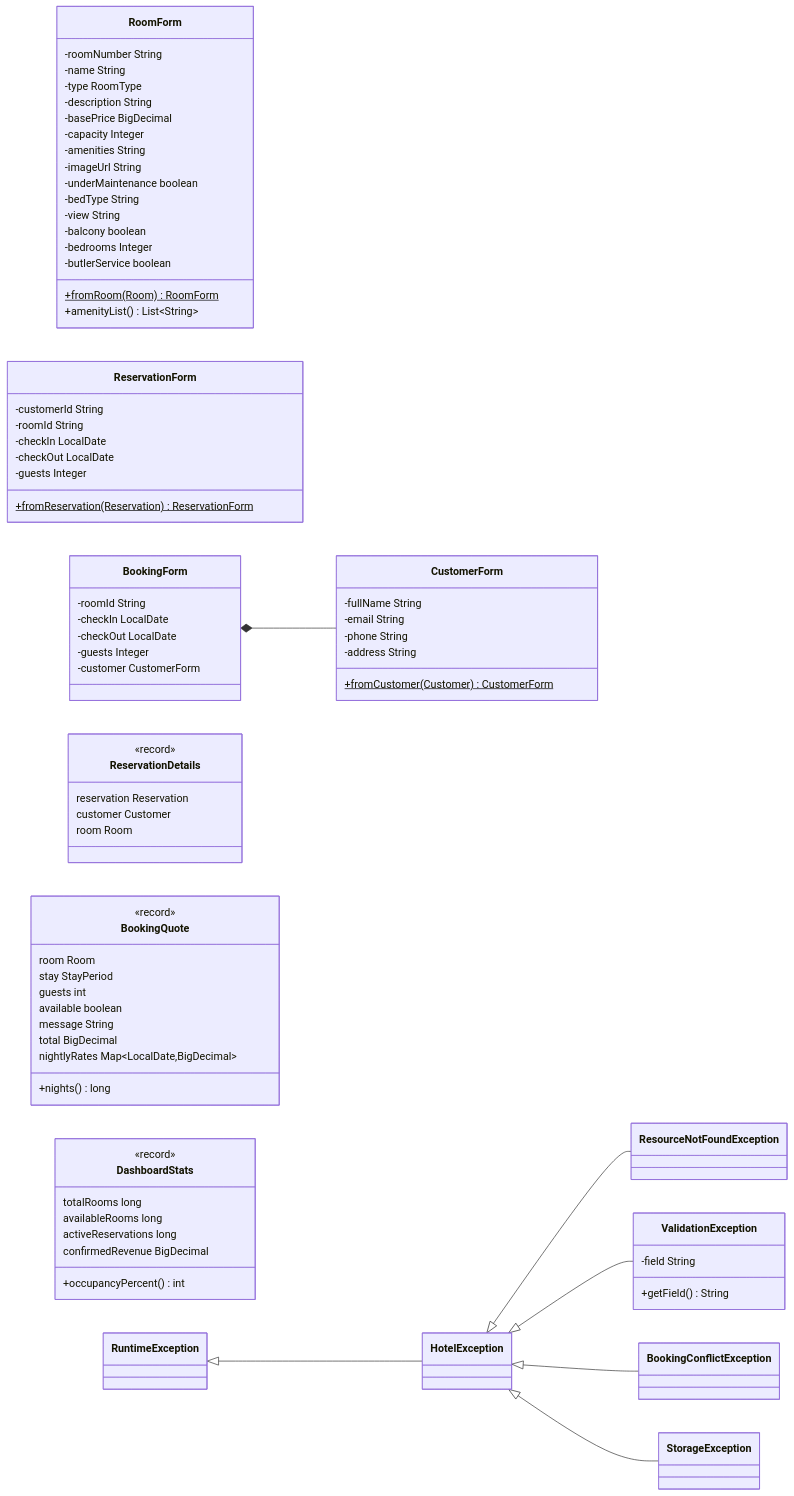
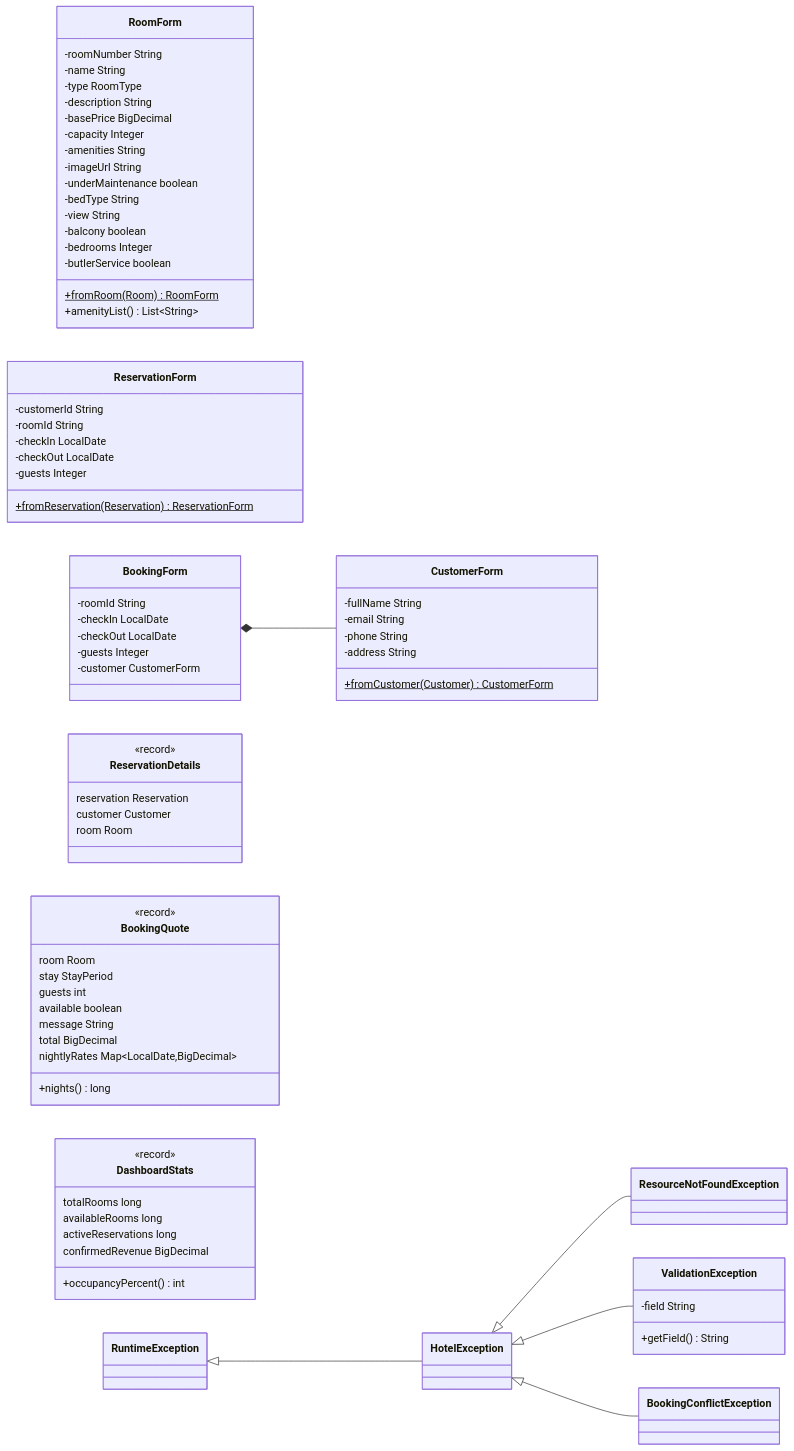
Before and after one commit to Pramodathukorala/SE_1020_Hotel-Room-Reservation-System: the sixth of 6 diagrams in docs/CLASS_DIAGRAM.md, drawn with Mermaid. The commit also changed other lines of this file and 86 other files, not shown here.

````diff
--- a/docs/CLASS_DIAGRAM.md
+++ b/docs/CLASS_DIAGRAM.md
@@ -424,10 +557,8 @@
         +getField() String
     }
     class BookingConflictException
-    class StorageException
     RuntimeException <|-- HotelException
     HotelException <|-- ResourceNotFoundException
     HotelException <|-- ValidationException
     HotelException <|-- BookingConflictException
-    HotelException <|-- StorageException
 ```
````
